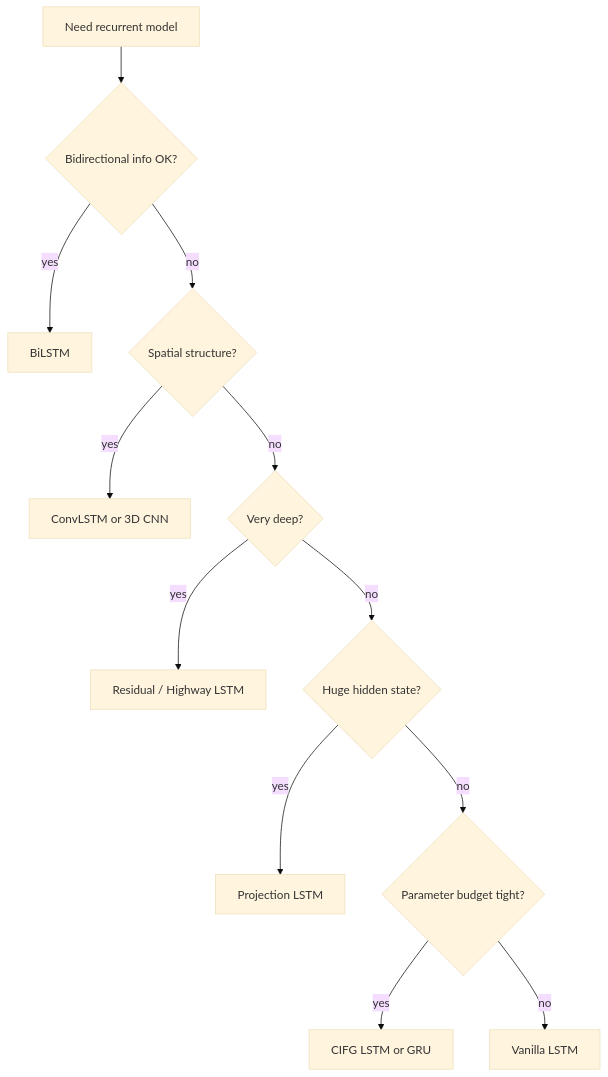
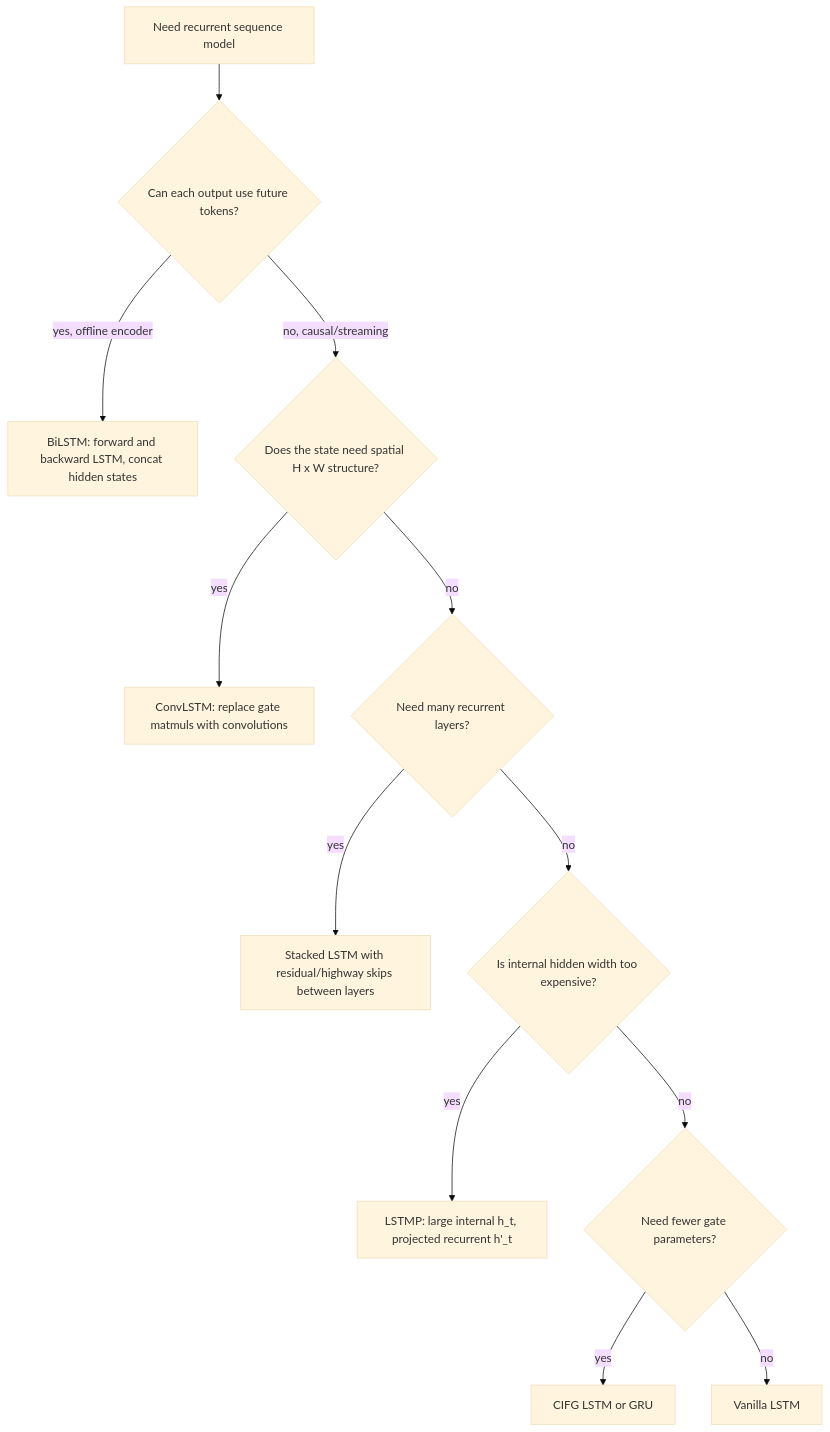
One commit to justinbrianhwang/SJ-wiki changed the fifth of 5 diagrams in docs/cs/deep-learning/lstm-variants.md. Above: the diagram before and after it, drawn with Mermaid (base theme). The commit also changed other lines of this file and 1858 other files, not shown here.

Commit message:
Upgrade Mermaid diagrams to real architecture level across DL/CS-systems/CS-applied/QIS/Physics+Math+Chem (~728 mermaid blocks total): detailed sublayers, residuals, dimensions, shape transitions, subgraph grouping

````diff
--- a/docs/cs/deep-learning/lstm-variants.md
+++ b/docs/cs/deep-learning/lstm-variants.md
@@ -145,14 +198,14 @@
 ```mermaid
-flowchart TD
-  A[Need recurrent model] --> B{"Bidirectional info OK?"}
-  B -- yes --> C[BiLSTM]
-  B -- no --> D{"Spatial structure?"}
-  D -- yes --> E[ConvLSTM or 3D CNN]
-  D -- no --> F{"Very deep?"}
-  F -- yes --> G[Residual / Highway LSTM]
-  F -- no --> H{"Huge hidden state?"}
-  H -- yes --> I[Projection LSTM]
-  H -- no --> J{"Parameter budget tight?"}
-  J -- yes --> K[CIFG LSTM or GRU]
-  J -- no --> L[Vanilla LSTM]
+flowchart TB
+  A["Need recurrent sequence model"] --> B{"Can each output use future tokens?"}
+  B -->|"yes, offline encoder"| C["BiLSTM: forward and backward LSTM, concat hidden states"]
+  B -->|"no, causal/streaming"| D{"Does the state need spatial H x W structure?"}
+  D -->|"yes"| E["ConvLSTM: replace gate matmuls with convolutions"]
+  D -->|"no"| F{"Need many recurrent layers?"}
+  F -->|"yes"| G["Stacked LSTM with residual/highway skips between layers"]
+  F -->|"no"| H{"Is internal hidden width too expensive?"}
+  H -->|"yes"| I["LSTMP: large internal h_t, projected recurrent h'_t"]
+  H -->|"no"| J{"Need fewer gate parameters?"}
+  J -->|"yes"| K["CIFG LSTM or GRU"]
+  J -->|"no"| L["Vanilla LSTM"]
 ```
````
